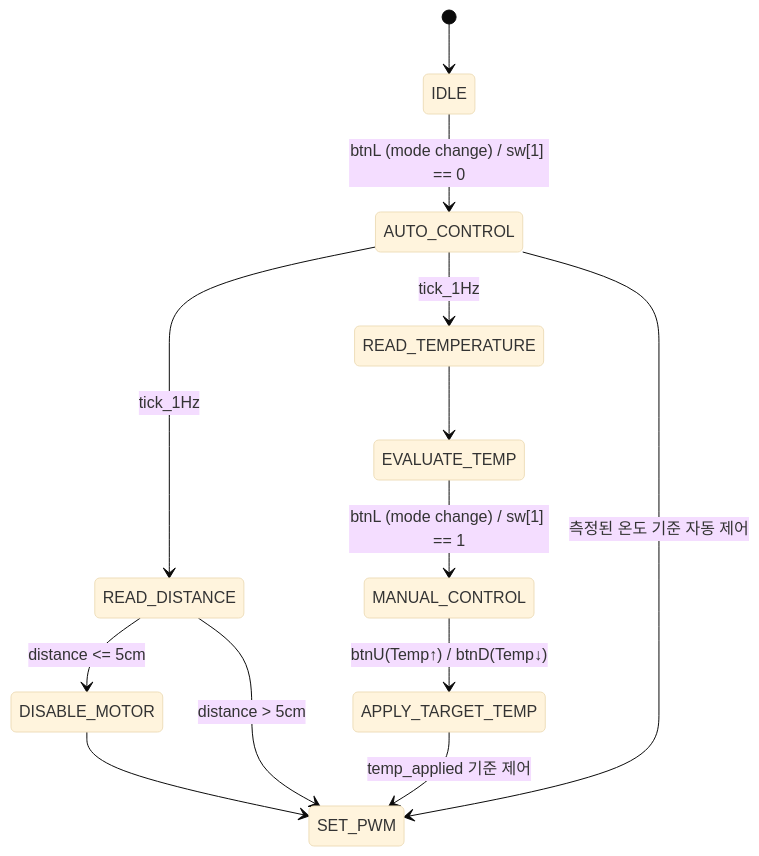
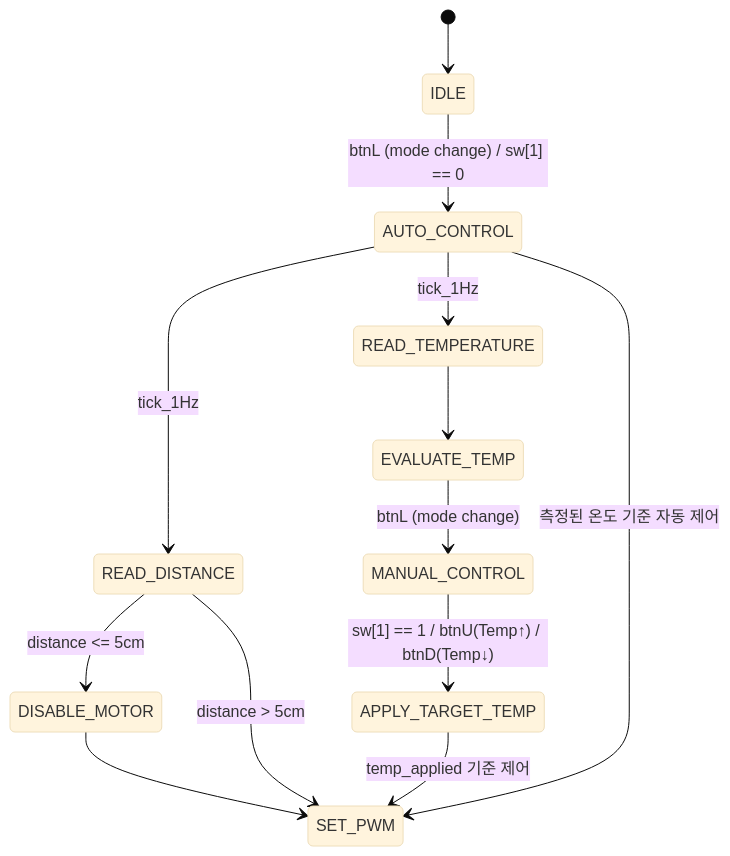
One commit to SE0NGH0/AI_Verilog_HDL changed the third of 5 diagrams in 15.BESPOKE/README.md. Above: the diagram before and after it, drawn with Mermaid (base theme).

````diff
--- a/15.BESPOKE/README.md
+++ b/15.BESPOKE/README.md
@@ -94,15 +94,15 @@
 ```mermaid
 stateDiagram-v2
     [*] --> IDLE
     IDLE --> AUTO_CONTROL: btnL (mode change) / sw[1] == 0
     AUTO_CONTROL --> READ_DISTANCE: tick_1Hz
     AUTO_CONTROL --> READ_TEMPERATURE: tick_1Hz
     READ_DISTANCE --> DISABLE_MOTOR: distance <= 5cm
     READ_DISTANCE --> SET_PWM: distance > 5cm
     READ_TEMPERATURE --> EVALUATE_TEMP
-    EVALUATE_TEMP --> MANUAL_CONTROL: btnL (mode change) / sw[1] == 1
-    MANUAL_CONTROL --> APPLY_TARGET_TEMP: btnU(Temp↑) / btnD(Temp↓)
+    EVALUATE_TEMP --> MANUAL_CONTROL: btnL (mode change)
+    MANUAL_CONTROL --> APPLY_TARGET_TEMP: sw[1] == 1 / btnU(Temp↑) / btnD(Temp↓)
     APPLY_TARGET_TEMP --> SET_PWM: temp_applied 기준 제어
     AUTO_CONTROL --> SET_PWM: 측정된 온도 기준 자동 제어
     DISABLE_MOTOR --> SET_PWM
 ```
````
